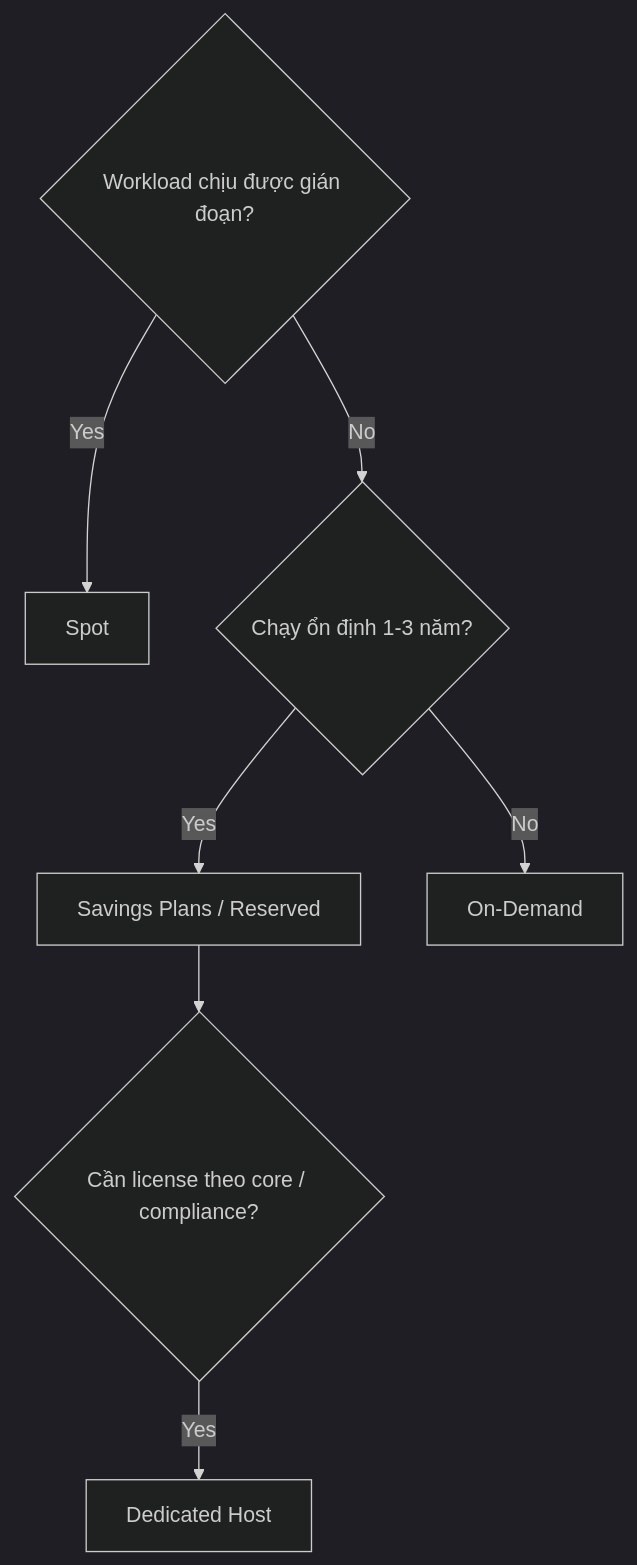
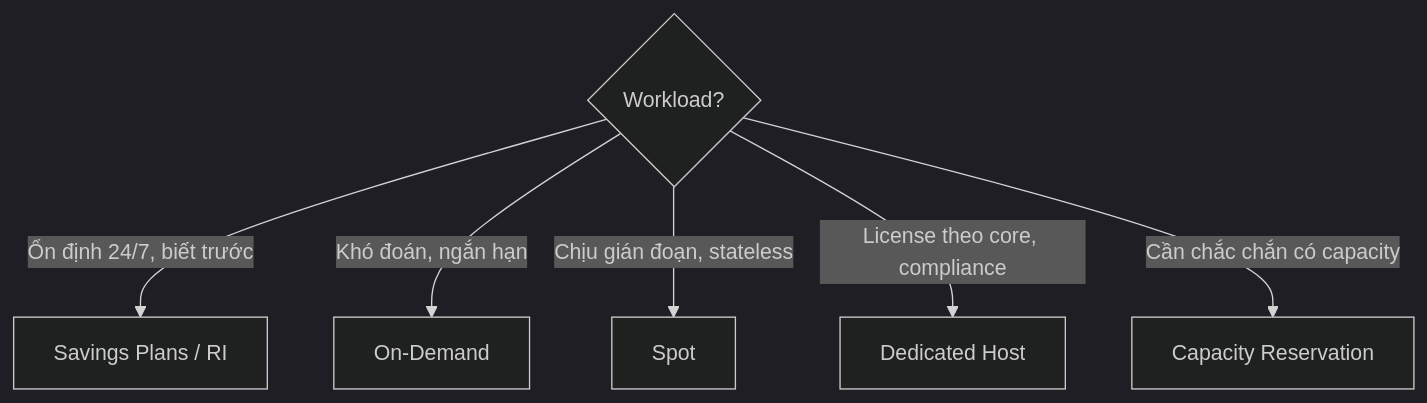
The diagram in src/assets/knowledge/playbooks/aws/ec2-pricing-models.md (passion-Infinity/personal-tech-playbook), drawn with Mermaid (dark theme) before and after one commit. The commit also changed other lines of this file and 9 other files, not shown here.

First line of the commit message:
Deep-dive rewrite: IAM, S3 security/versioning/storage/performance, EC2 pricing; validator accepts 300-1100 words and flags missing diagrams

````diff
--- a/src/assets/knowledge/playbooks/aws/ec2-pricing-models.md
+++ b/src/assets/knowledge/playbooks/aws/ec2-pricing-models.md
@@ -17,9 +32,8 @@
 ```mermaid
 flowchart TD
-    Q{Workload chịu được gián đoạn?} -->|Yes| SPOT[Spot]
-    Q -->|No| L{Chạy ổn định 1-3 năm?}
-    L -->|Yes| RI[Savings Plans / Reserved]
-    L -->|No| OD[On-Demand]
-    RI --> H{"Cần license theo core / compliance?"}
-    H -->|Yes| DH[Dedicated Host]
+    W{Workload?} -->|"Ổn định 24/7, biết trước"| SP["Savings Plans / RI"]
+    W -->|"Khó đoán, ngắn hạn"| OD[On-Demand]
+    W -->|"Chịu gián đoạn, stateless"| SPOT[Spot]
+    W -->|"License theo core, compliance"| DH[Dedicated Host]
+    W -->|"Cần chắc chắn có capacity"| CR[Capacity Reservation]
 ```
````
